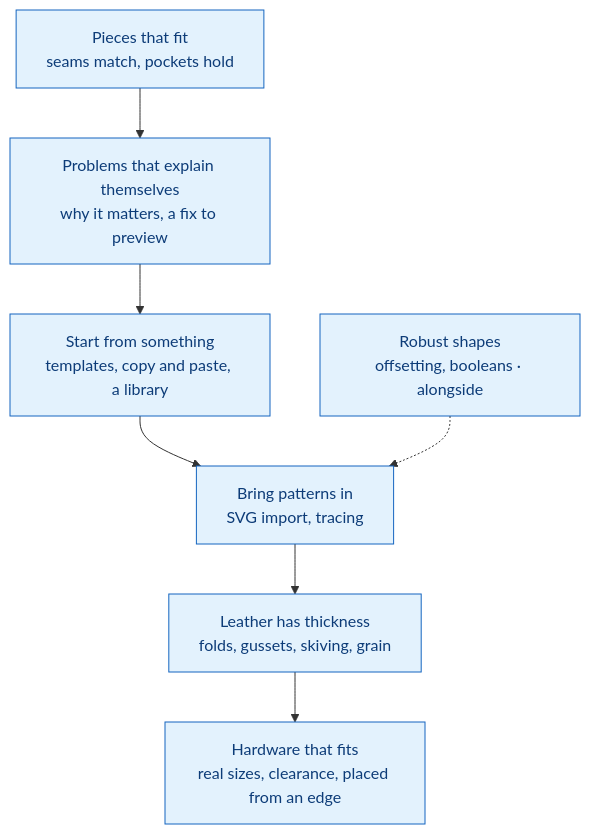
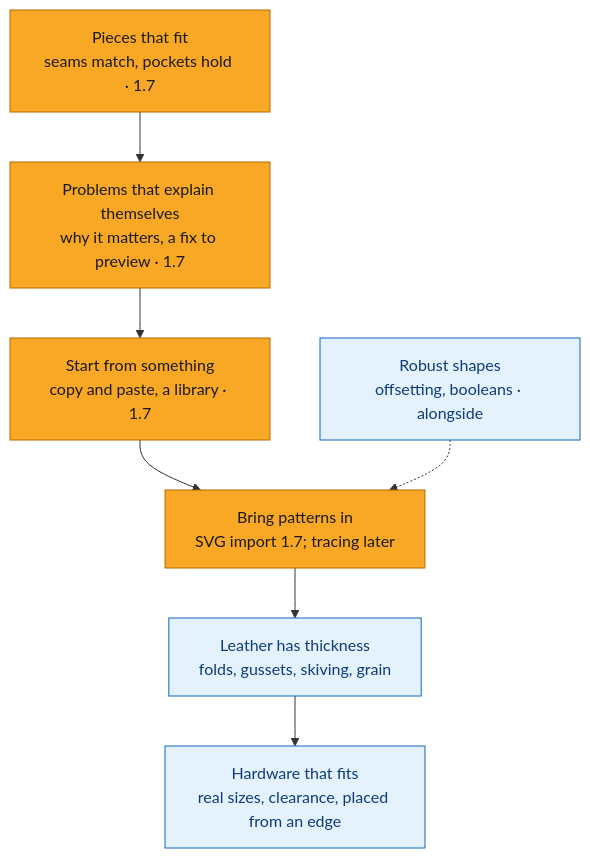
Before and after one commit to crnlsp/leathercad: the fourth of 6 diagrams in docs/product-roadmap.md, drawn with Mermaid. The commit also changed other lines of this file and 11 other files, not shown here.

````diff
--- a/docs/product-roadmap.md
+++ b/docs/product-roadmap.md
@@ -135,15 +136,15 @@
 ```mermaid
 flowchart TB
-  fit["Pieces that fit<br/>seams match, pockets hold"]:::candidate
-  explain["Problems that explain themselves<br/>why it matters, a fix to preview"]:::candidate
-  start["Start from something<br/>templates, copy and paste, a library"]:::candidate
-  bring["Bring patterns in<br/>SVG import, tracing"]:::candidate
+  fit["Pieces that fit<br/>seams match, pockets hold · 1.7"]:::progress
+  explain["Problems that explain themselves<br/>why it matters, a fix to preview · 1.7"]:::progress
+  start["Start from something<br/>copy and paste, a library · 1.7"]:::progress
+  bring["Bring patterns in<br/>SVG import 1.7; tracing later"]:::progress
   thick["Leather has thickness<br/>folds, gussets, skiving, grain"]:::candidate
   hw["Hardware that fits<br/>real sizes, clearance, placed from an edge"]:::candidate
   geo["Robust shapes<br/>offsetting, booleans · alongside"]:::candidate
   fit --> explain --> start --> bring --> thick --> hw
   geo -.-> bring
   classDef progress fill:#f9a825,stroke:#b26a00,color:#1a1a1a
   classDef committed fill:#1565c0,stroke:#0d47a1,color:#ffffff
   classDef candidate fill:#e3f2fd,stroke:#1565c0,color:#0d3c78
 ```
````
